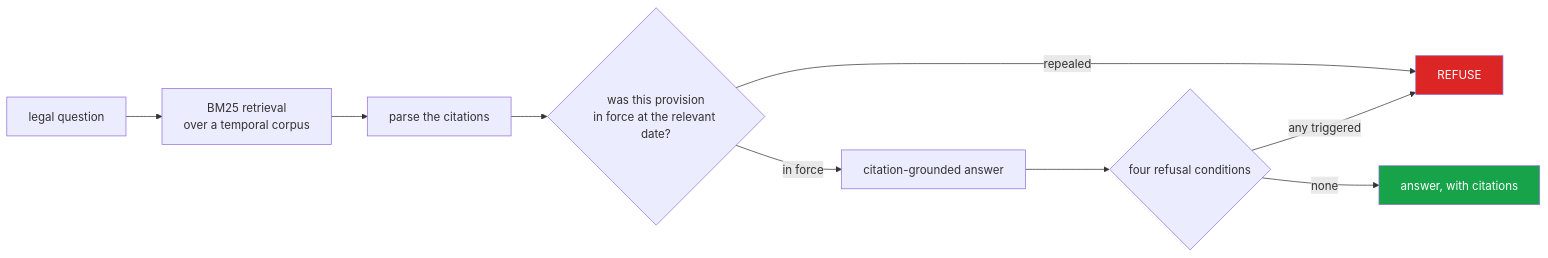
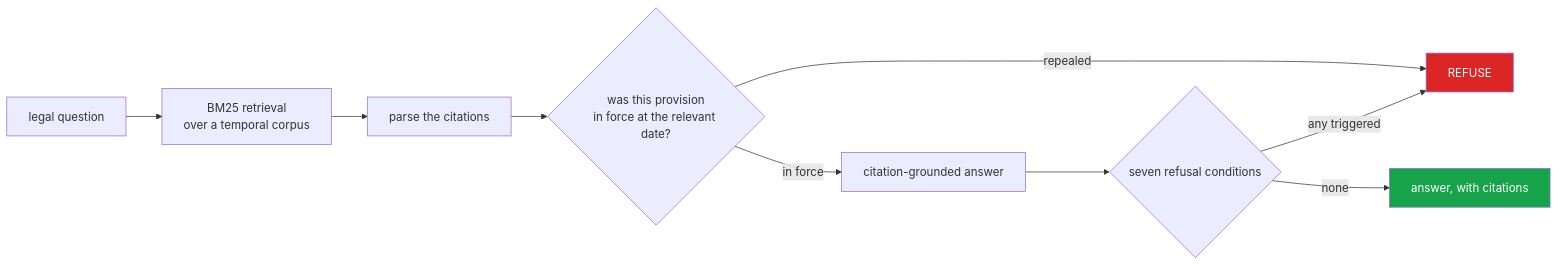
Before and after one commit to hammasbuilds/pak-law-assistant: the diagram in README.md, drawn with Mermaid. The commit also changed other lines of this file and 6 other files, not shown here.

````diff
--- a/README.md
+++ b/README.md
@@ -56,14 +56,14 @@
 ```mermaid
 flowchart LR
     Q["legal question"] --> R["BM25 retrieval<br/>over a temporal corpus"]
     R --> C["parse the citations"]
     C --> T{"was this provision<br/>in force at the relevant date?"}
     T -->|"repealed"| X["REFUSE"]
     T -->|"in force"| G["citation-grounded answer"]
-    G --> F{"four refusal conditions"}
+    G --> F{"seven refusal conditions"}
     F -->|"any triggered"| X
     F -->|"none"| A["answer, with citations"]
 
     style X fill:#dc2626,color:#fff
     style A fill:#16a34a,color:#fff
 ```
````
